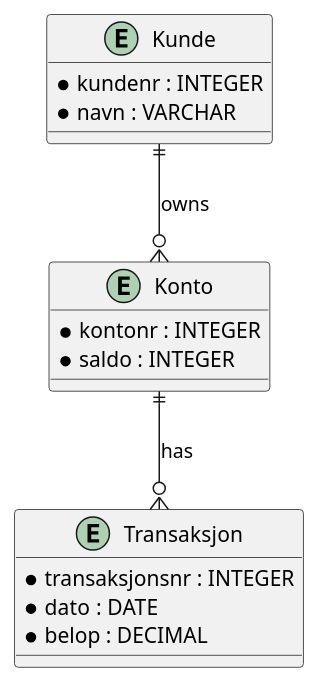
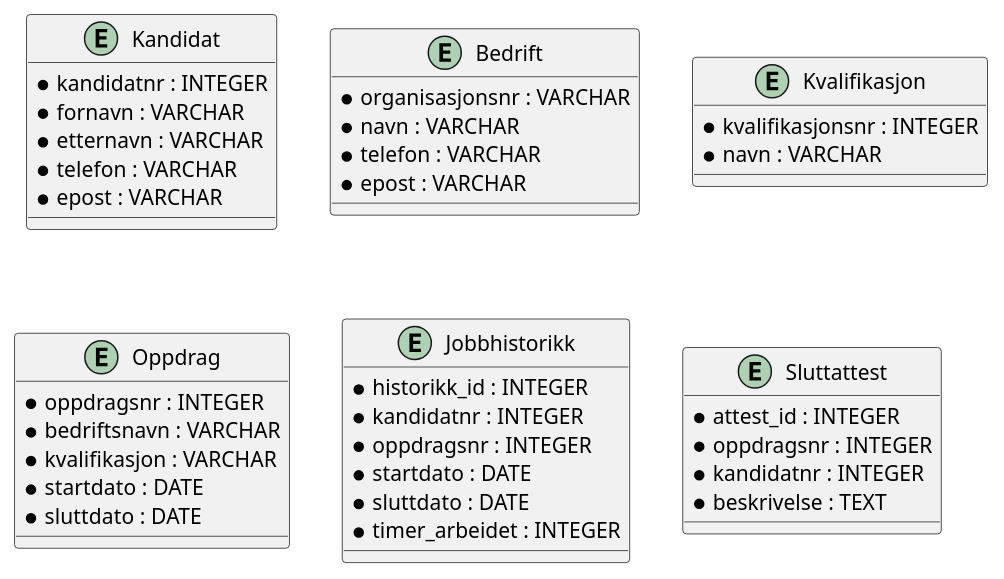
Before and after one commit to Segward/mysql-practices: the diagram in vikartjeneste/ER.puml, drawn with PlantUML. The commit also changed 2 other files, not shown here.

```diff
--- a/vikartjeneste/ER.puml
+++ b/vikartjeneste/ER.puml
@@ -1,22 +1,47 @@
 @startuml
 
-entity Konto {
-    * kontonr : INTEGER
-    * saldo : INTEGER
+entity Kandidat {
+    * kandidatnr : INTEGER
+    * fornavn : VARCHAR
+    * etternavn : VARCHAR
+    * telefon : VARCHAR
+    * epost : VARCHAR
 }
 
-entity Kunde {
-    * kundenr : INTEGER
+entity Bedrift {
+    * organisasjonsnr : VARCHAR
+    * navn : VARCHAR
+    * telefon : VARCHAR
+    * epost : VARCHAR
+}
+
+entity Kvalifikasjon {
+    * kvalifikasjonsnr : INTEGER
     * navn : VARCHAR
 }
 
-entity Transaksjon {
-    * transaksjonsnr : INTEGER
-    * dato : DATE
-    * belop : DECIMAL
+entity Oppdrag {
+    * oppdragsnr : INTEGER
+    * bedriftsnavn : VARCHAR
+    * kvalifikasjon : VARCHAR
+    * startdato : DATE
+    * sluttdato : DATE
 }
 
-Kunde ||--o{ Konto : "owns"
-Konto ||--o{ Transaksjon : "has"
+entity Jobbhistorikk {
+    * historikk_id : INTEGER
+    * kandidatnr : INTEGER
+    * oppdragsnr : INTEGER
+    * startdato : DATE
+    * sluttdato : DATE
+    * timer_arbeidet : INTEGER
+}
+
+entity Sluttattest {
+    * attest_id : INTEGER
+    * oppdragsnr : INTEGER
+    * kandidatnr : INTEGER
+    * beskrivelse : TEXT
+}
 
 @enduml
```
